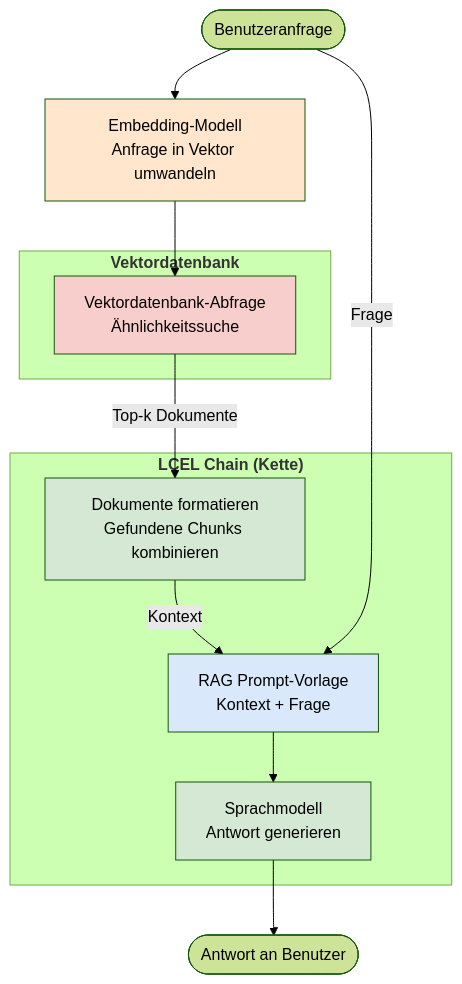
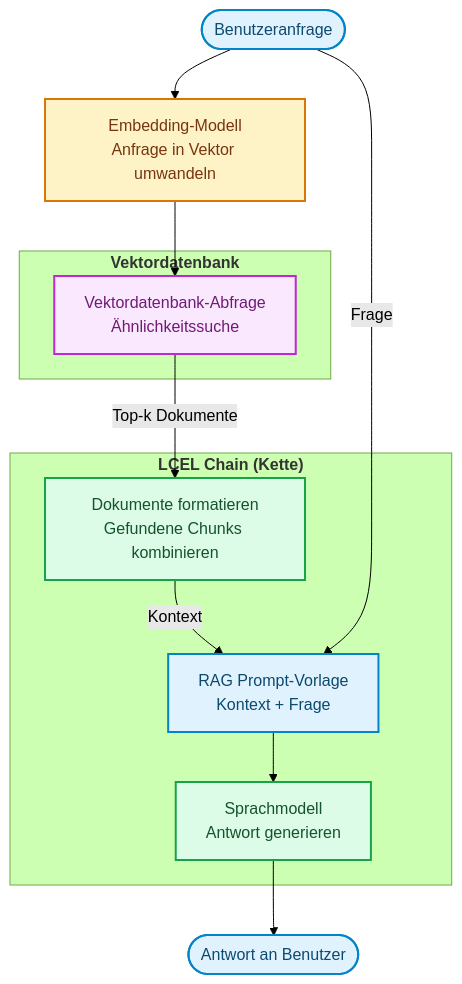
Before and after one commit to ralf-42/Agenten: the fourth of 4 diagrams in docs/05-frameworks/einsteiger-langchain.md, drawn with Mermaid (forest theme). The commit also changed other lines of this file and 15 other files, not shown here.

````diff
--- a/docs/05-frameworks/einsteiger-langchain.md
+++ b/docs/05-frameworks/einsteiger-langchain.md
@@ -655,46 +653,48 @@
 ```mermaid
 flowchart TB
 
 START([Benutzeranfrage])
 
 EMBED[Embedding-Modell
 Anfrage in Vektor umwandeln]
 
 RETRIEVE[Vektordatenbank-Abfrage
 Ähnlichkeitssuche]
 
 FORMAT[Dokumente formatieren
 Gefundene Chunks kombinieren]
 
 PROMPT[RAG Prompt-Vorlage
 Kontext + Frage]
 
 LLM[Sprachmodell
 Antwort generieren]
 
 FINISH([Antwort an Benutzer])
 
 START --> EMBED
 EMBED --> RETRIEVE
 RETRIEVE -->|Top-k Dokumente| FORMAT
 FORMAT -->|Kontext| PROMPT
 START -->|Frage| PROMPT
 PROMPT --> LLM
 LLM --> FINISH
 
 subgraph "<b>Vektordatenbank</b>"
     RETRIEVE
 end
 
 subgraph "<b>LCEL Chain (Kette)</b>"
     FORMAT
     PROMPT
     LLM
 end
 
-style EMBED fill:#ffe6cc
-style RETRIEVE fill:#f8cecc
-style FORMAT fill:#d5e8d4
-style PROMPT fill:#dae8fc
-style LLM fill:#d5e8d4
+classDef default fill:#e0f2fe,stroke:#0284c7,stroke-width:2px,color:#0c4a6e;
+classDef metric fill:#fef3c7,stroke:#d97706,stroke-width:2px,color:#78350f;
+classDef output fill:#dcfce7,stroke:#16a34a,stroke-width:2px,color:#14532d;
+classDef target fill:#fae8ff,stroke:#c026d3,stroke-width:2px,color:#701a75;
+class EMBED metric;
+class RETRIEVE target;
+class FORMAT,LLM output;
 ```
````
